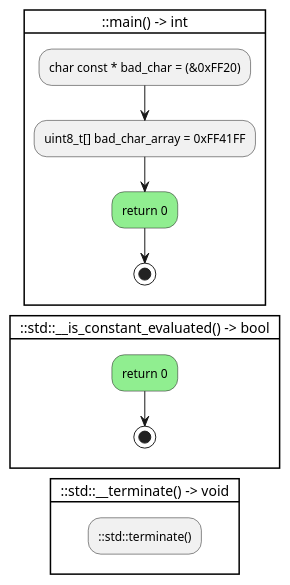
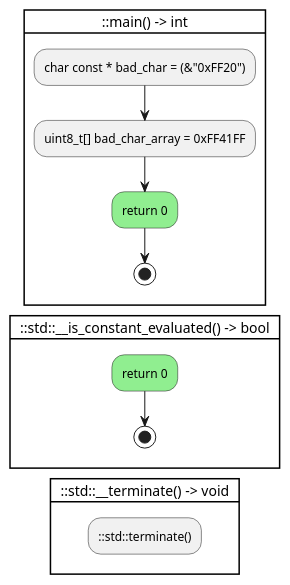
Before and after one commit to anetczuk/gcc-uml: the diagram in examples/ctrlflowgraph/ctrl_invalidchar.cpp.puml, drawn with PlantUML. The commit also changed 10 other files, not shown here.

```diff
--- a/examples/ctrlflowgraph/ctrl_invalidchar.cpp.puml
+++ b/examples/ctrlflowgraph/ctrl_invalidchar.cpp.puml
@@ -1,23 +1,23 @@
 @startuml
 
 card "::main() -> int" {
-    :char const * bad_char = (&0xFF20);
+    :char const * bad_char = (&"0xFF20");
     :uint8_t[] bad_char_array = 0xFF41FF;
     #lightgreen:return 0;
     stop
     -[hidden]->
 }
 
 card "::std::__is_constant_evaluated() -> bool" {
     #lightgreen:return 0;
     stop
     -[hidden]->
 }
 
 card "::std::__terminate() -> void" {
     :::std::terminate();
     -[hidden]->
 }
 
 
 @enduml
```
